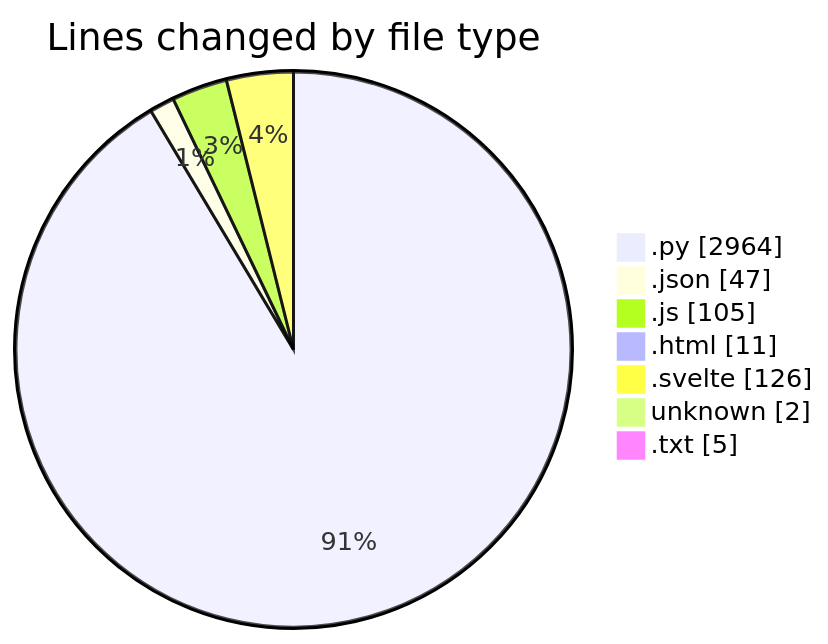
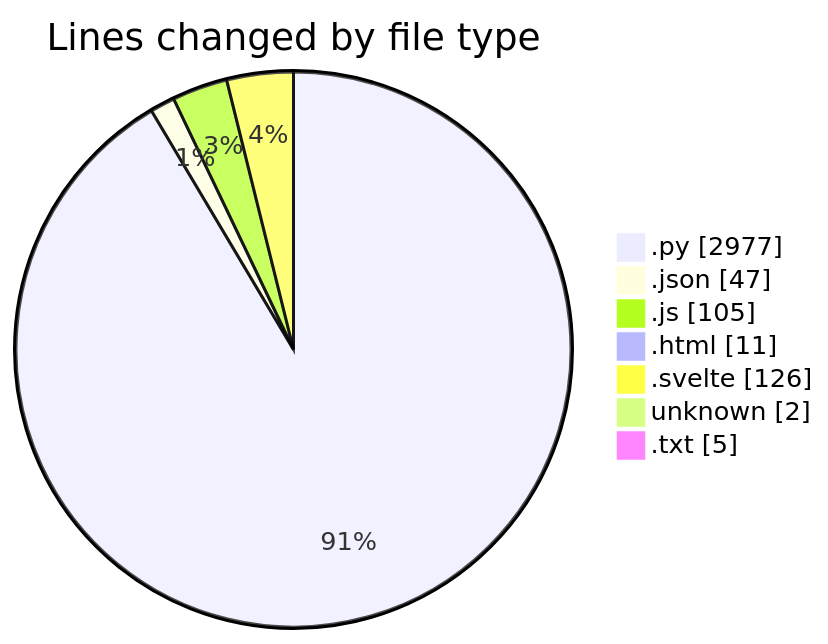
Before and after one commit to lephambinh05/code-tracking: the first of 2 diagrams in 2025-07-10/toolsopenemalpass/README.md, drawn with Mermaid. The commit also changed other lines of this file and 1 other file, not shown here.

````diff
--- a/2025-07-10/toolsopenemalpass/README.md
+++ b/2025-07-10/toolsopenemalpass/README.md
@@ -62,11 +62,11 @@
 ```mermaid
 pie showData
 title Lines changed by file type
-".py" : 2964
+".py" : 2977
 ".json" : 47
 ".js" : 105
 ".html" : 11
 ".svelte" : 126
 "unknown" : 2
 ".txt" : 5
 ```
````
